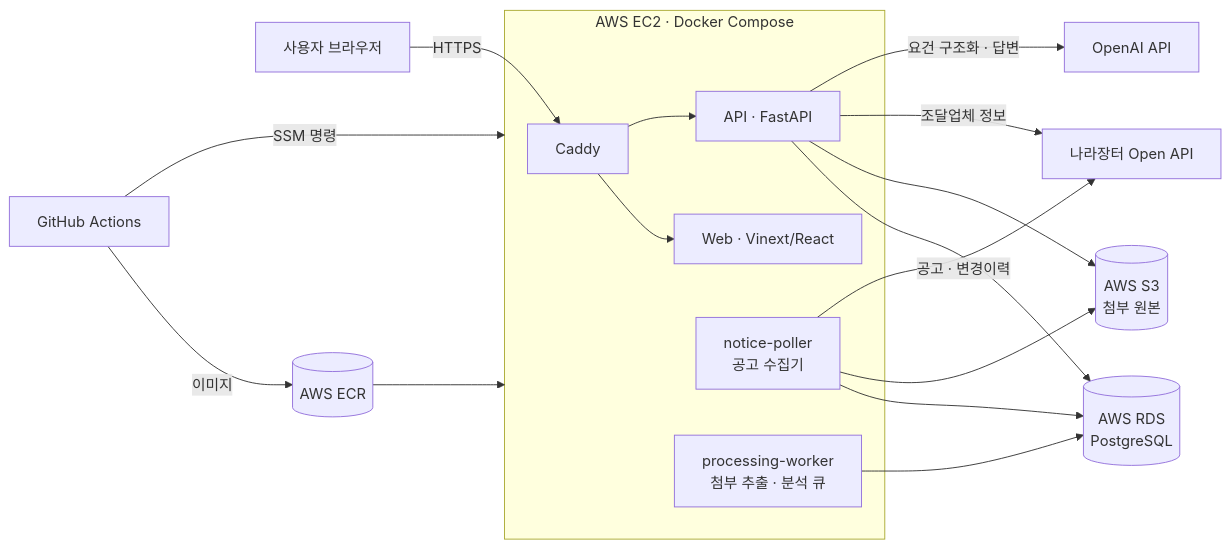
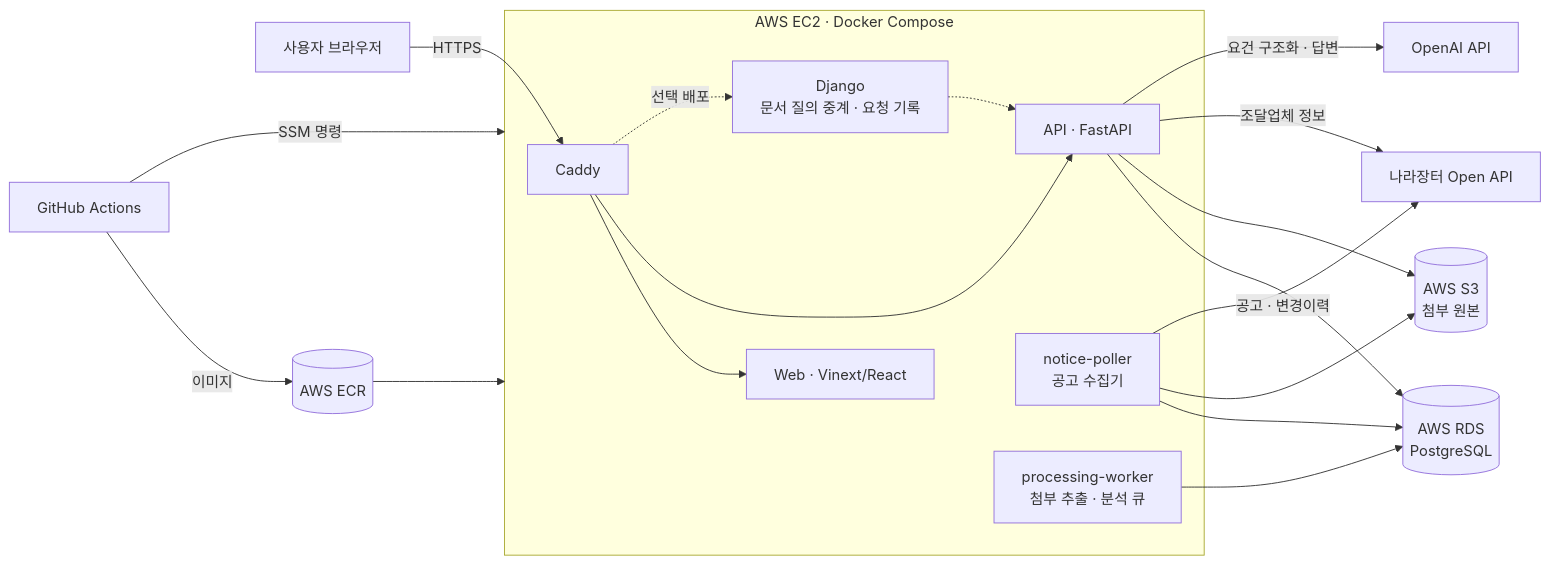
The second of 5 diagrams in README.md (SKNETWORKS-FAMILY-AICAMP/SKN34-4th-4Team), drawn with Mermaid before and after one commit. The commit also changed other lines of this file and 12 other files, not shown here.

````diff
--- a/README.md
+++ b/README.md
@@ -267,21 +277,23 @@
 ```mermaid
 flowchart LR
     U[사용자 브라우저] -->|HTTPS| C[Caddy]
     subgraph EC2["AWS EC2 · Docker Compose"]
         C --> W[Web · Vinext/React]
         C --> A[API · FastAPI]
+        C -.선택 배포.-> D[Django<br/>문서 질의 중계 · 요청 기록]
+        D -.-> A
         P[notice-poller<br/>공고 수집기]
         K[processing-worker<br/>첨부 추출 · 분석 큐]
     end
     A --> DB[(AWS RDS<br/>PostgreSQL)]
     P --> DB
     K --> DB
     A --> S3[(AWS S3<br/>첨부 원본)]
     P --> S3
     P -->|공고 · 변경이력| G2B[나라장터 Open API]
     A -->|조달업체 정보| G2B
     A -->|요건 구조화 · 답변| OAI[OpenAI API]
     GH[GitHub Actions] -->|이미지| ECR[(AWS ECR)]
     GH -->|SSM 명령| EC2
     ECR --> EC2
 ```
````
